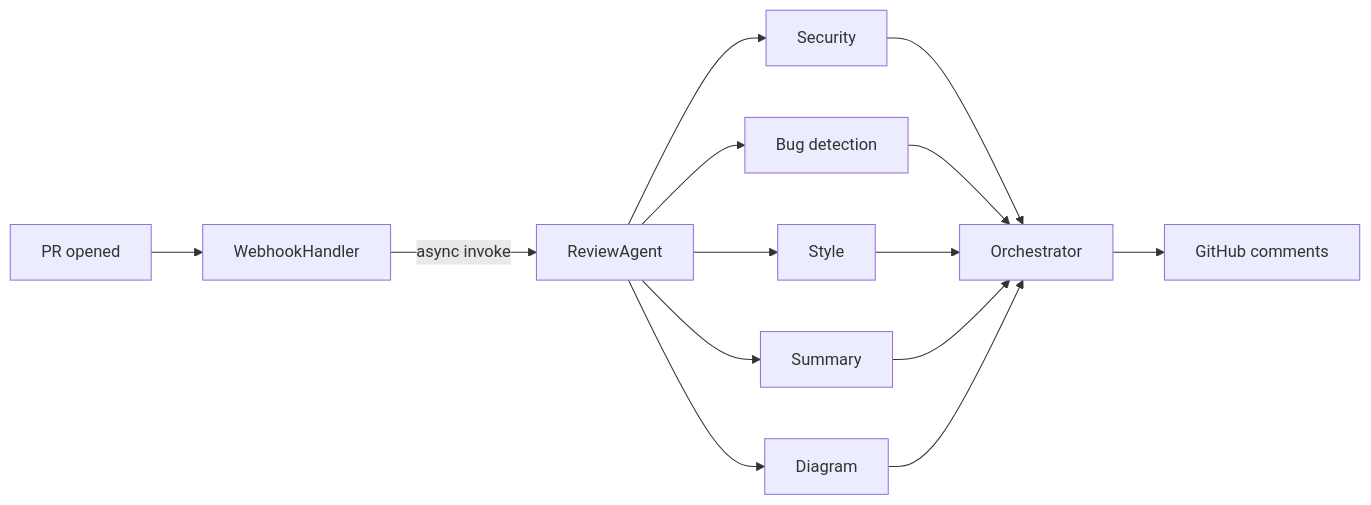
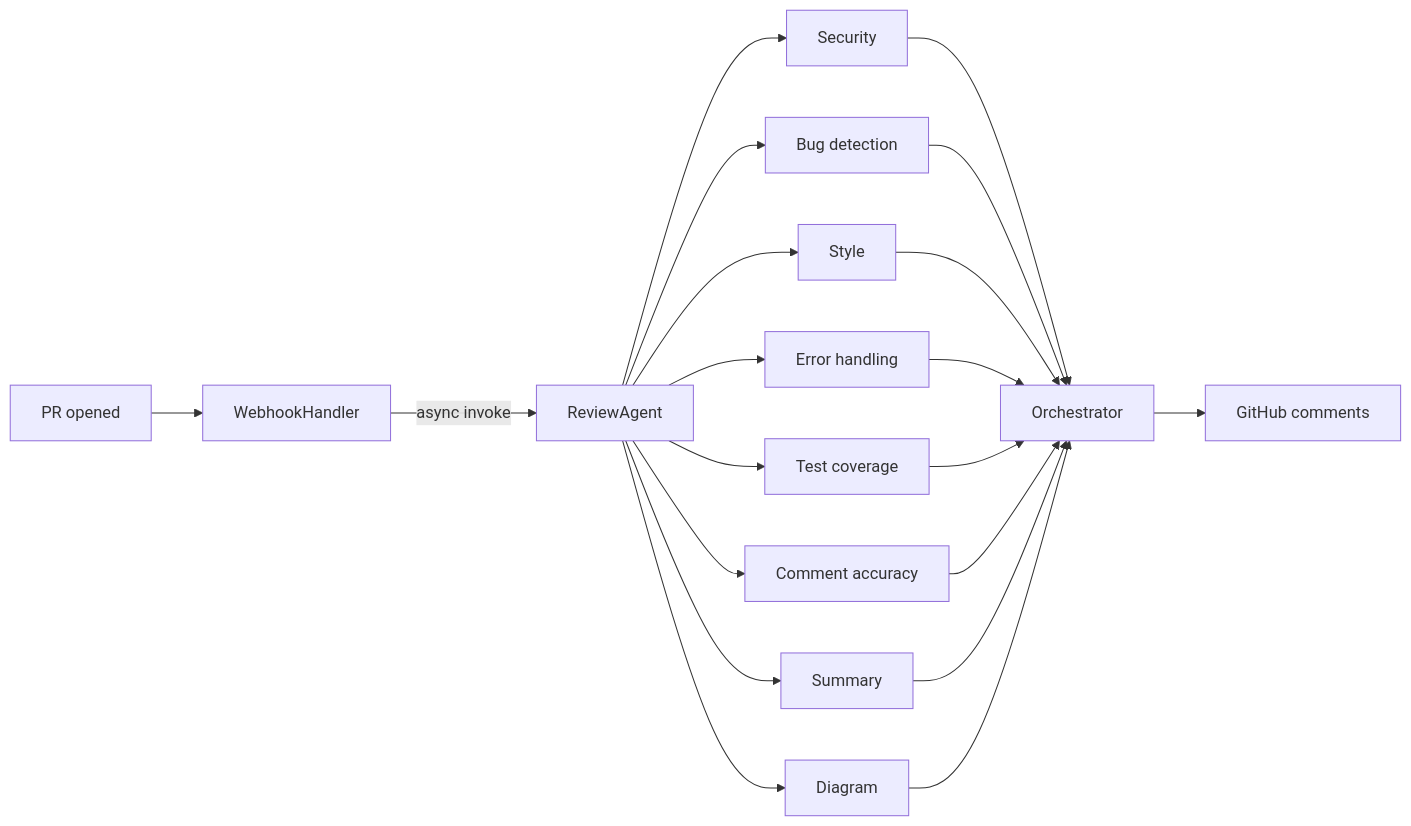
The diagram in overview/introduction.mdx (santthosh/documentation), drawn with Mermaid before and after one commit. The commit also changed other lines of this file and 5 other files, not shown here.

````diff
--- a/overview/introduction.mdx
+++ b/overview/introduction.mdx
@@ -42,16 +42,22 @@
 ```mermaid
 flowchart LR
     PR["PR opened"] --> WH["WebhookHandler"]
     WH -->|async invoke| RA["ReviewAgent"]
     RA --> SEC["Security"]
     RA --> BUG["Bug detection"]
     RA --> STY["Style"]
+    RA --> ERR["Error handling"]
+    RA --> TST["Test coverage"]
+    RA --> CMT["Comment accuracy"]
     RA --> SUM["Summary"]
     RA --> DIA["Diagram"]
     SEC --> ORC["Orchestrator"]
     BUG --> ORC
     STY --> ORC
+    ERR --> ORC
+    TST --> ORC
+    CMT --> ORC
     SUM --> ORC
     DIA --> ORC
     ORC --> GH["GitHub comments"]
 ```
````
